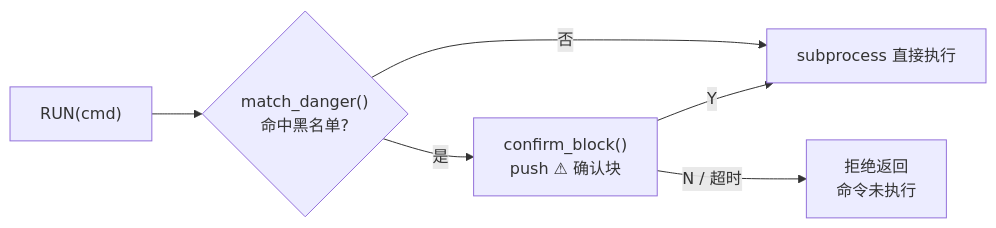
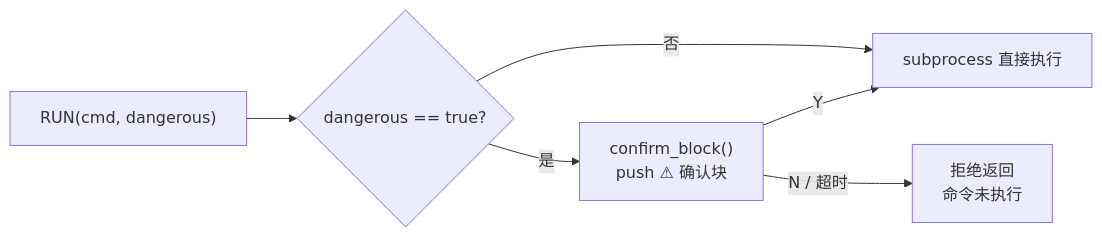
Before and after one commit to Xiyinnnnnn/Agent-in-Terminal: the second of 2 diagrams in README.md, drawn with Mermaid. The commit also changed other lines of this file and 2 other files, not shown here.

First line of the commit message:
refactor(safety): 安全门改为模型 dangerous 标志分流

````diff
--- a/README.md
+++ b/README.md
@@ -81,8 +81,8 @@
 ```mermaid
 flowchart LR
-    A["RUN(cmd)"] --> B{"match_danger()<br/>命中黑名单?"}
+    A["RUN(cmd, dangerous)"] --> B{"dangerous == true?"}
     B -->|否| C["subprocess 直接执行"]
     B -->|是| D["confirm_block()<br/>push ⚠ 确认块"]
     D -->|"Y"| C
     D -->|"N / 超时"| E["拒绝返回<br/>命令未执行"]
 ```
````
